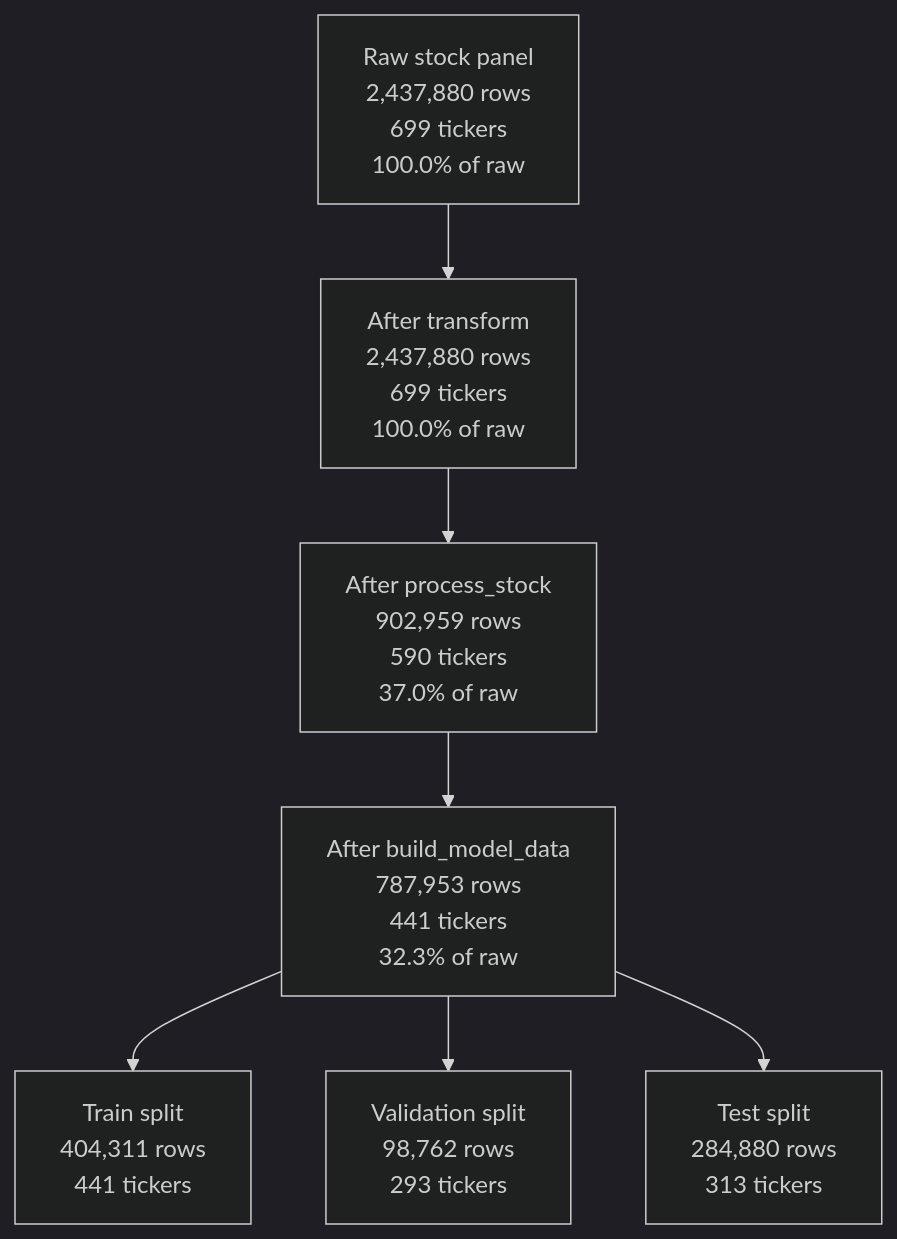
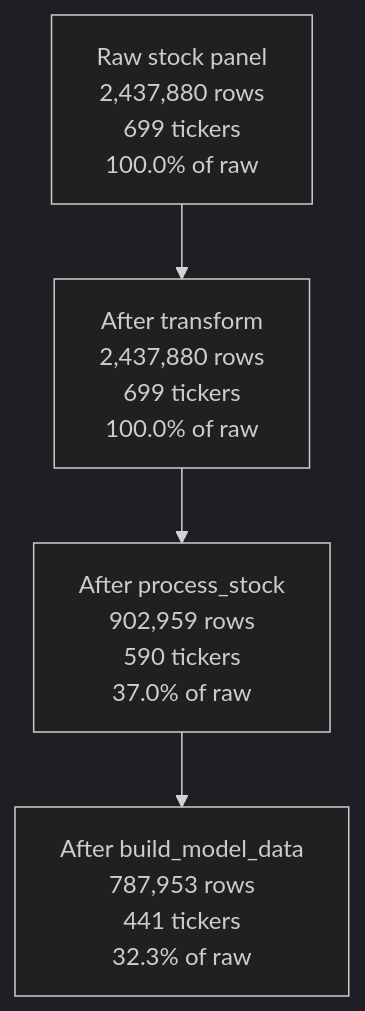
One commit to vanthelearner/FYP-Reports changed the second of 6 diagrams in README.md. Above: the diagram before and after it, drawn with Mermaid (dark theme). The commit also changed other lines of this file, not shown here.

````diff
--- a/README.md
+++ b/README.md
@@ -137,15 +101,11 @@
 ```mermaid
 flowchart TB
     A["Raw stock panel<br/>2,437,880 rows<br/>699 tickers<br/>100.0% of raw"]
     B["After transform<br/>2,437,880 rows<br/>699 tickers<br/>100.0% of raw"]
     C["After process_stock<br/>902,959 rows<br/>590 tickers<br/>37.0% of raw"]
     D["After build_model_data<br/>787,953 rows<br/>441 tickers<br/>32.3% of raw"]
-    E["Train split<br/>404,311 rows<br/>441 tickers"]
-    F["Validation split<br/>98,762 rows<br/>293 tickers"]
-    G["Test split<br/>284,880 rows<br/>313 tickers"]
+
 
     A --> B --> C --> D
-    D --> E
-    D --> F
-    D --> G
+   
 ```
````
